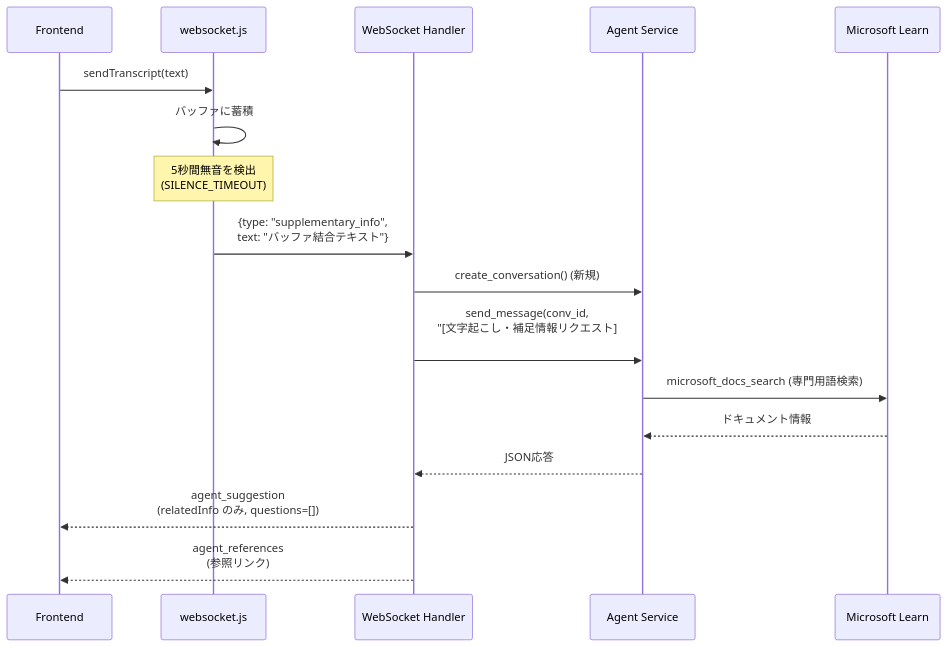
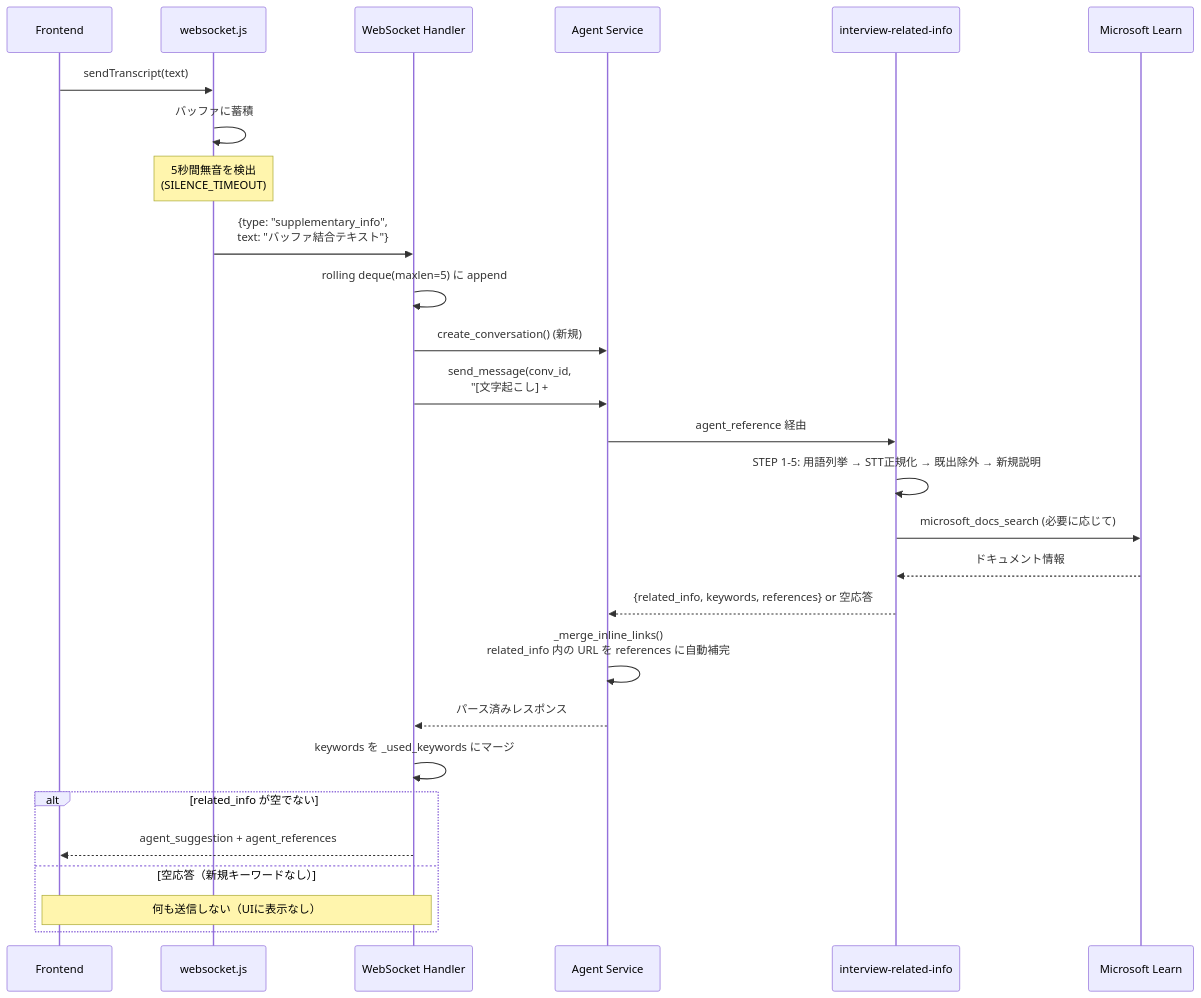
One commit to hatasaki/Interview-Assistant-AI changed the ninth of 22 diagrams in spec/architecture.md. Above: the diagram before and after it, drawn with Mermaid. The commit also changed other lines of this file and 5 other files, not shown here.

Commit message:
Refactor architecture to implement role-specific Foundry Agents

````diff
--- a/spec/architecture.md
+++ b/spec/architecture.md
@@ -409,20 +431,30 @@
 ```mermaid
 sequenceDiagram
     participant FE as Frontend
     participant WS_CLI as websocket.js
     participant WS_SRV as WebSocket Handler
     participant AGT as Agent Service
+    participant RI as interview-related-info
     participant MCP as Microsoft Learn
 
     FE->>WS_CLI: sendTranscript(text)
     WS_CLI->>WS_CLI: バッファに蓄積
     Note over WS_CLI: 5秒間無音を検出<br/>(SILENCE_TIMEOUT)
     WS_CLI->>WS_SRV: {type: "supplementary_info",<br/>text: "バッファ結合テキスト"}
+    WS_SRV->>WS_SRV: rolling deque(maxlen=5) に append
     WS_SRV->>AGT: create_conversation() (新規)
-    WS_SRV->>AGT: send_message(conv_id, <br/>"[文字起こし・補足情報リクエスト]<br/>## インタビュー情報<br/>{context}<br/>## 会話内容<br/>{text}<br/><br/>専門用語を検出し補足情報を提供。<br/>suggested_questionsは空配列に。")
-    AGT->>MCP: microsoft_docs_search (専門用語検索)
-    MCP-->>AGT: ドキュメント情報
-    AGT-->>WS_SRV: JSON応答
-    WS_SRV-->>FE: agent_suggestion<br/>(relatedInfo のみ, questions=[])
-    WS_SRV-->>FE: agent_references<br/>(参照リンク)
+    WS_SRV->>AGT: send_message(conv_id,<br/>"[文字起こし] + ## インタビュー情報<br/> + ## 直近5チャンク + ## 既出キーワードリスト",<br/>RELATED_INFO_AGENT_NAME)
+    AGT->>RI: agent_reference 経由
+    RI->>RI: STEP 1-5: 用語列挙 → STT正規化 → 既出除外 → 新規説明
+    RI->>MCP: microsoft_docs_search (必要に応じて)
+    MCP-->>RI: ドキュメント情報
+    RI-->>AGT: {related_info, keywords, references} or 空応答
+    AGT->>AGT: _merge_inline_links()<br/>related_info 内の URL を references に自動補完
+    AGT-->>WS_SRV: パース済みレスポンス
+    WS_SRV->>WS_SRV: keywords を _used_keywords にマージ
+    alt related_info が空でない
+        WS_SRV-->>FE: agent_suggestion + agent_references
+    else 空応答（新規キーワードなし）
+        Note over WS_SRV,FE: 何も送信しない（UIに表示なし）
+    end
 ```
````
